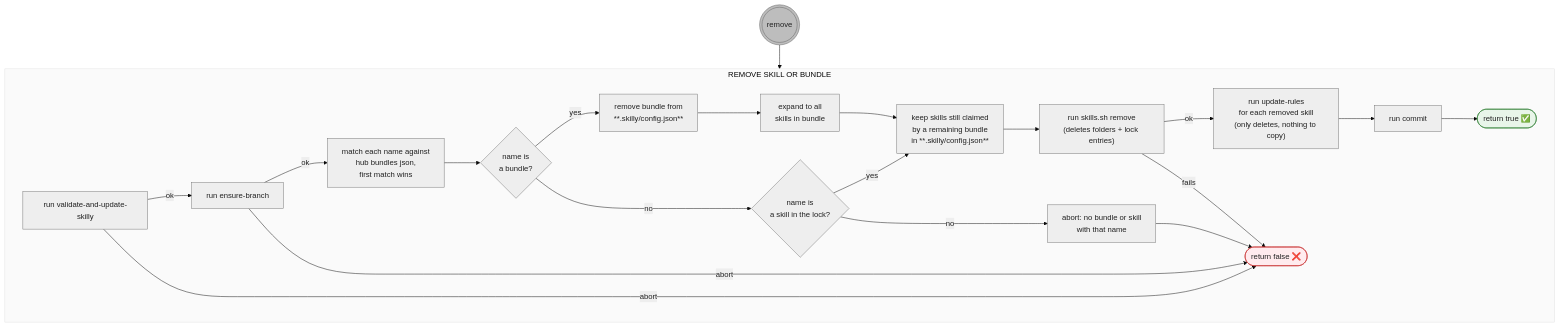
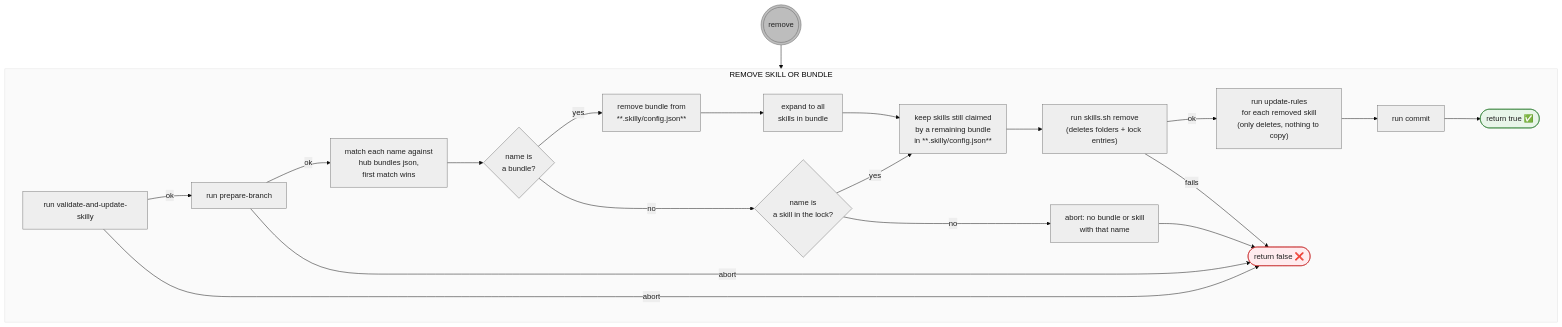
Before and after one commit to timschoch/skilly: the diagram in docs/remove.mmd, drawn with Mermaid. The commit also changed 13 other files, not shown here.

First line of the commit message:
fix(prepare-branch): stop skilly before it commits on a branch the push will refuse (#144)

```diff
--- a/docs/remove.mmd
+++ b/docs/remove.mmd
@@ -1,55 +1,55 @@
 ---
 config:
   theme: base
   themeVariables:
     primaryColor: "#eeeeee"
     primaryBorderColor: "#757575"
     primaryTextColor: "#212121"
     clusterBkg: "#fafafa"
     clusterBorder: "#e0e0e0"
 ---
 flowchart TD
     %% shapes: ((( ))) entry point · [/ \] user action (blue) · [ ] script action (gray) · { } decision (amber) · ([ ]) state (green)
 
     ENTER-REM((("remove"))) --> REM
     subgraph REM["REMOVE SKILL OR BUNDLE"]
         REM-GUARD["run validate-and-update-skilly"]
             REM-GUARD -->|ok| REM-EB
             REM-GUARD -->|abort| REM-FALSE
 
-        REM-EB["run ensure-branch"]
+        REM-EB["run prepare-branch"]
             REM-EB -->|ok| REM-MATCH
             REM-EB -->|abort| REM-FALSE
 
         REM-MATCH["match each name against<br>hub bundles json,<br>first match wins"] --> REMQ3
 
             REMQ3{"name is<br>a bundle?"}
                 REMQ3 -->|yes| REM-BUNDLE["remove bundle from<br>**.skilly/config.json**"]
                     REM-BUNDLE --> REM-EXPAND["expand to all<br>skills in bundle"] --> REM-FILTER
                 REMQ3 -->|no| REMQ4
 
             REMQ4{"name is<br>a skill in the lock?"}
                 REMQ4 -->|yes| REM-FILTER
                 REMQ4 -->|no| REM-ABORT-UNKNOWN
 
         REM-FILTER["keep skills still claimed<br>by a remaining bundle<br>in **.skilly/config.json**"] --> REM-CLI
         REM-CLI["run skills.sh remove<br>(deletes folders + lock entries)"]
             REM-CLI -->|ok| REM-RULES["run update-rules<br>for each removed skill<br>(only deletes, nothing to copy)"] --> REM-COMMIT["run commit"] --> REM-TRUE
             REM-CLI -->|fails| REM-FALSE
 
         REM-TRUE(["return true ✅"])
         REM-ABORT-UNKNOWN["abort: no bundle or skill<br>with that name"] --> REM-FALSE
         REM-FALSE(["return false ❌"])
     end
 
 
     %% all checks are script checks -> default gray, not amber
 
     classDef entry fill:#bdbdbd,stroke:#616161
     class ENTER-REM entry
 
     classDef ok fill:#e8f5e9,stroke:#2e7d32
     class REM-TRUE ok
 
     classDef fail fill:#ffebee,stroke:#c62828
     class REM-FALSE fail
```
